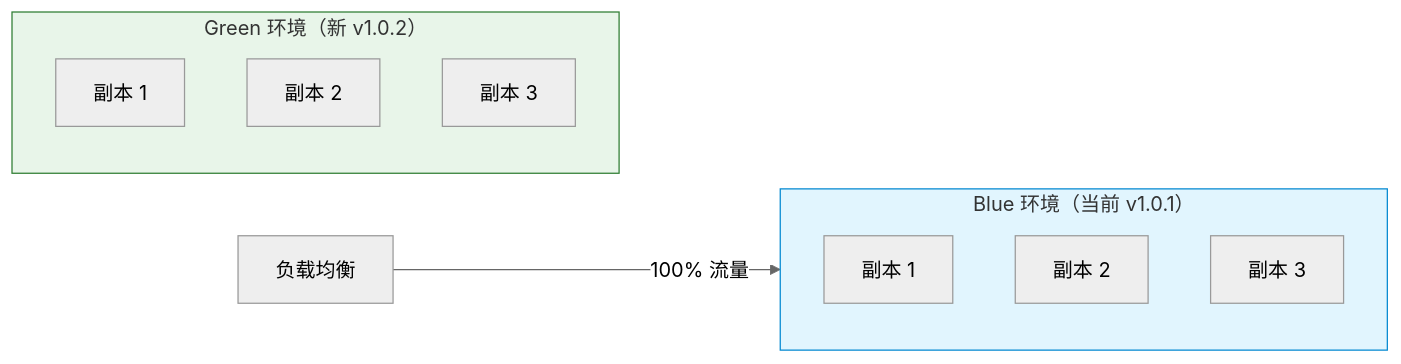
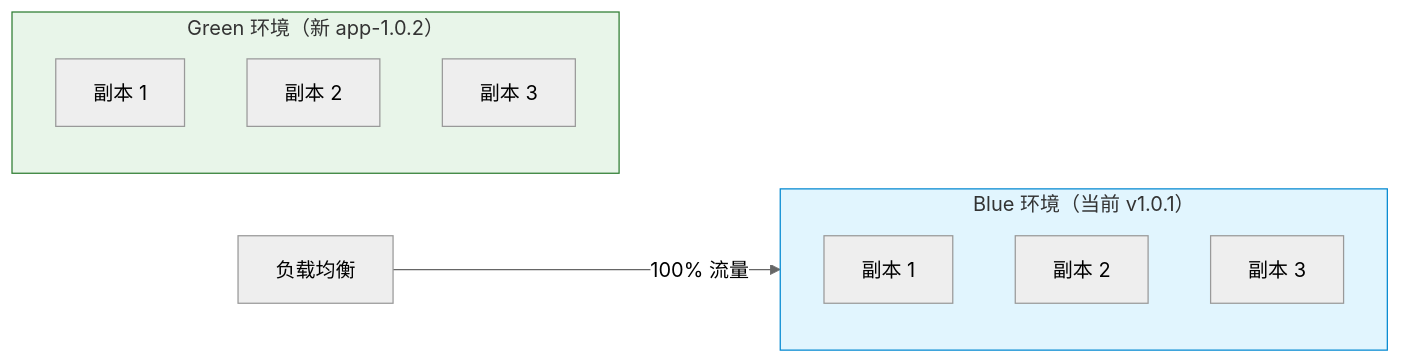
One commit to openairymax/docs changed the sixth of 9 diagrams in AirymaxOS/140-application-development/06-agent-deployment.md. Above: the diagram before and after it, drawn with Mermaid (neutral theme). The commit also changed other lines of this file and 113 other files, not shown here.

````diff
--- a/AirymaxOS/140-application-development/06-agent-deployment.md
+++ b/AirymaxOS/140-application-development/06-agent-deployment.md
@@ -721,18 +721,18 @@
 ```mermaid
 flowchart LR
     subgraph BLUE["Blue 环境（当前 v1.0.1）"]
         B1[副本 1]
         B2[副本 2]
         B3[副本 3]
     end
-    subgraph GREEN["Green 环境（新 v1.0.2）"]
+    subgraph GREEN["Green 环境（新 app-1.0.2）"]
         G1[副本 1]
         G2[副本 2]
         G3[副本 3]
     end
 
     LB[负载均衡] -->|100% 流量| BLUE
 
     style BLUE fill:#e1f5fe,stroke:#0288d1
     style GREEN fill:#e8f5e9,stroke:#2e7d32
 ```
````
